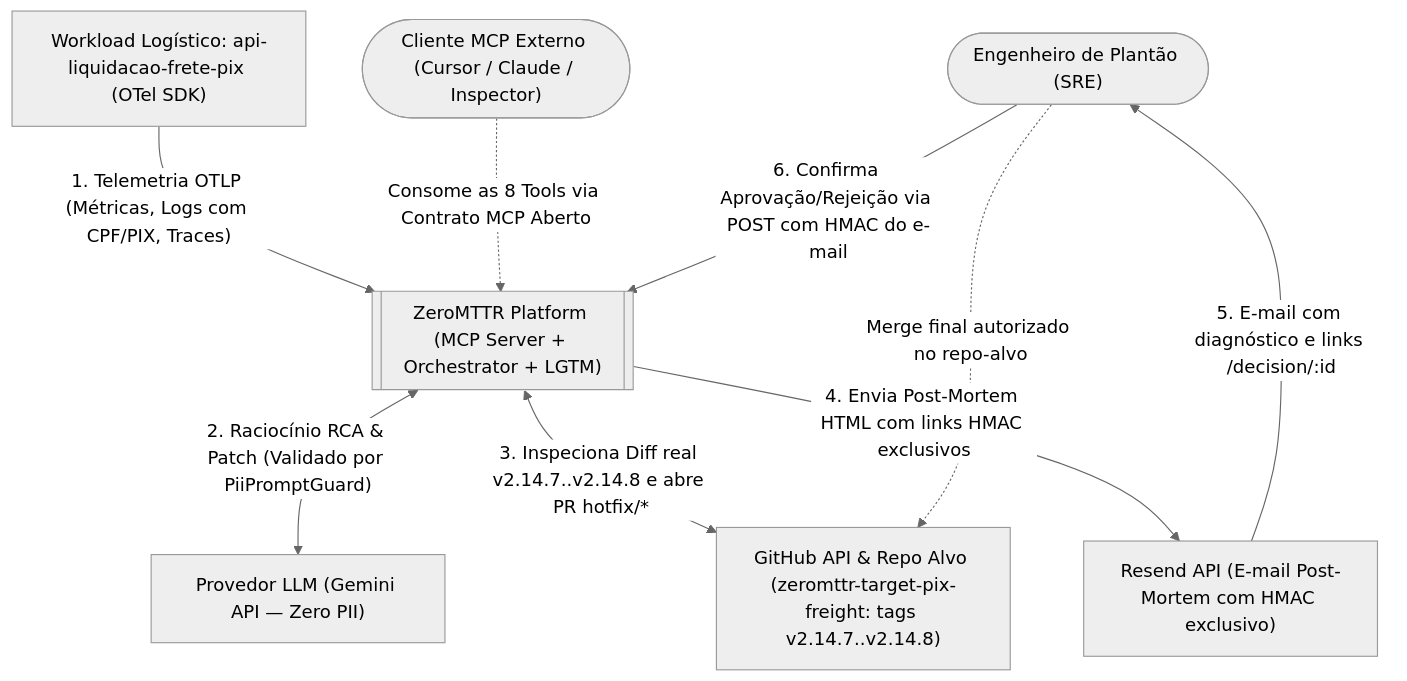
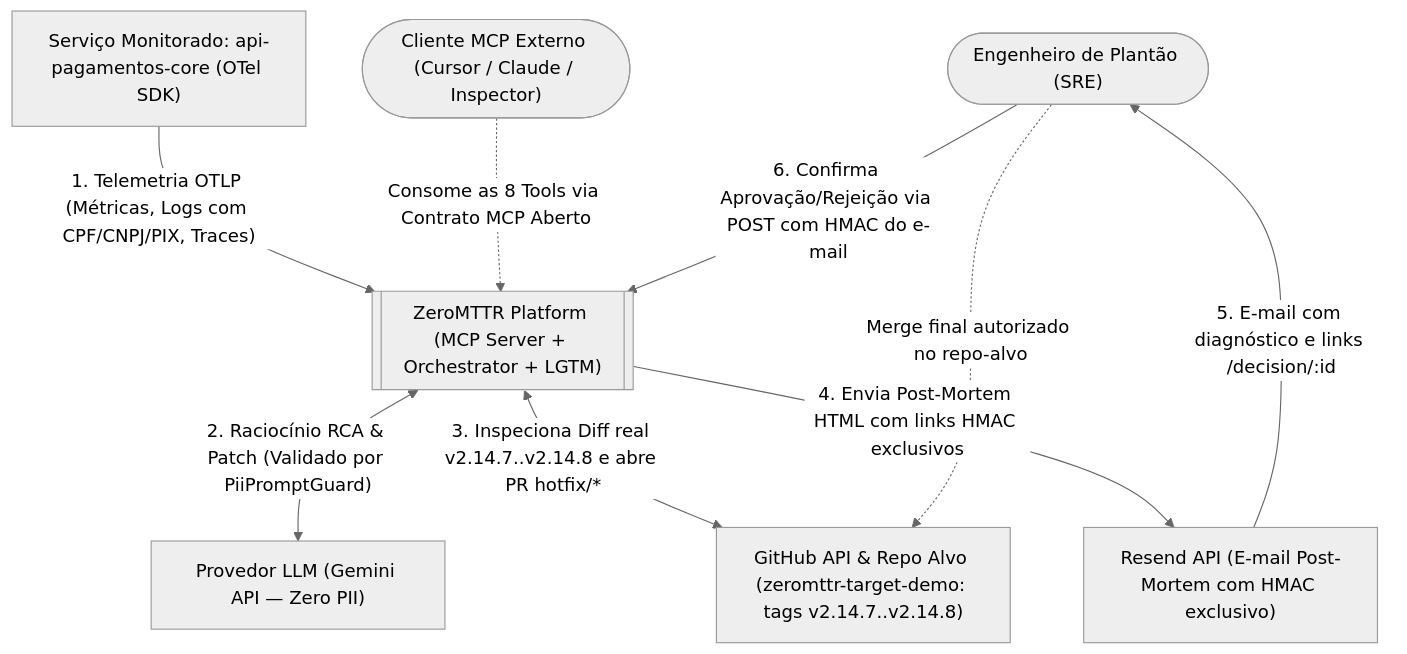
One commit to AdmilsonGoncalves/zeromttr changed the first of 4 diagrams in docs/pt-BR/00_architecture_master.md. Above: the diagram before and after it, drawn with Mermaid (neutral theme). The commit also changed other lines of this file and 9 other files, not shown here.

Commit message:
docs: keep ZeroMTTR domain-agnostic (Clean Architecture) with api-pagamentos-core demo workload

````diff
--- a/docs/pt-BR/00_architecture_master.md
+++ b/docs/pt-BR/00_architecture_master.md
@@ -123,19 +123,19 @@
 ```mermaid
 flowchart TD
     SRE(["Engenheiro de Plantão (SRE)"])
     EXT_MCP(["Cliente MCP Externo (Cursor / Claude / Inspector)"])
-    APP["Workload Logístico: api-liquidacao-frete-pix (OTel SDK)"]
+    APP["Serviço Monitorado: api-pagamentos-core (OTel SDK)"]
     ZMT[["ZeroMTTR Platform (MCP Server + Orchestrator + LGTM)"]]
     LLM["Provedor LLM (Gemini API — Zero PII)"]
-    GH["GitHub API & Repo Alvo (zeromttr-target-pix-freight: tags v2.14.7..v2.14.8)"]
+    GH["GitHub API & Repo Alvo (zeromttr-target-demo: tags v2.14.7..v2.14.8)"]
     RS["Resend API (E-mail Post-Mortem com HMAC exclusivo)"]
 
-    APP -->|"1. Telemetria OTLP (Métricas, Logs com CPF/PIX, Traces)"| ZMT
+    APP -->|"1. Telemetria OTLP (Métricas, Logs com CPF/CNPJ/PIX, Traces)"| ZMT
     EXT_MCP -.->|"Consome as 8 Tools via Contrato MCP Aberto"| ZMT
     ZMT <-->|"2. Raciocínio RCA & Patch (Validado por PiiPromptGuard)"| LLM
     ZMT <-->|"3. Inspeciona Diff real v2.14.7..v2.14.8 e abre PR hotfix/*"| GH
     ZMT -->|"4. Envia Post-Mortem HTML com links HMAC exclusivos"| RS
     RS -->|"5. E-mail com diagnóstico e links /decision/:id"| SRE
     SRE -->|"6. Confirma Aprovação/Rejeição via POST com HMAC do e-mail"| ZMT
     SRE -.->|"Merge final autorizado no repo-alvo"| GH
 ```
````
